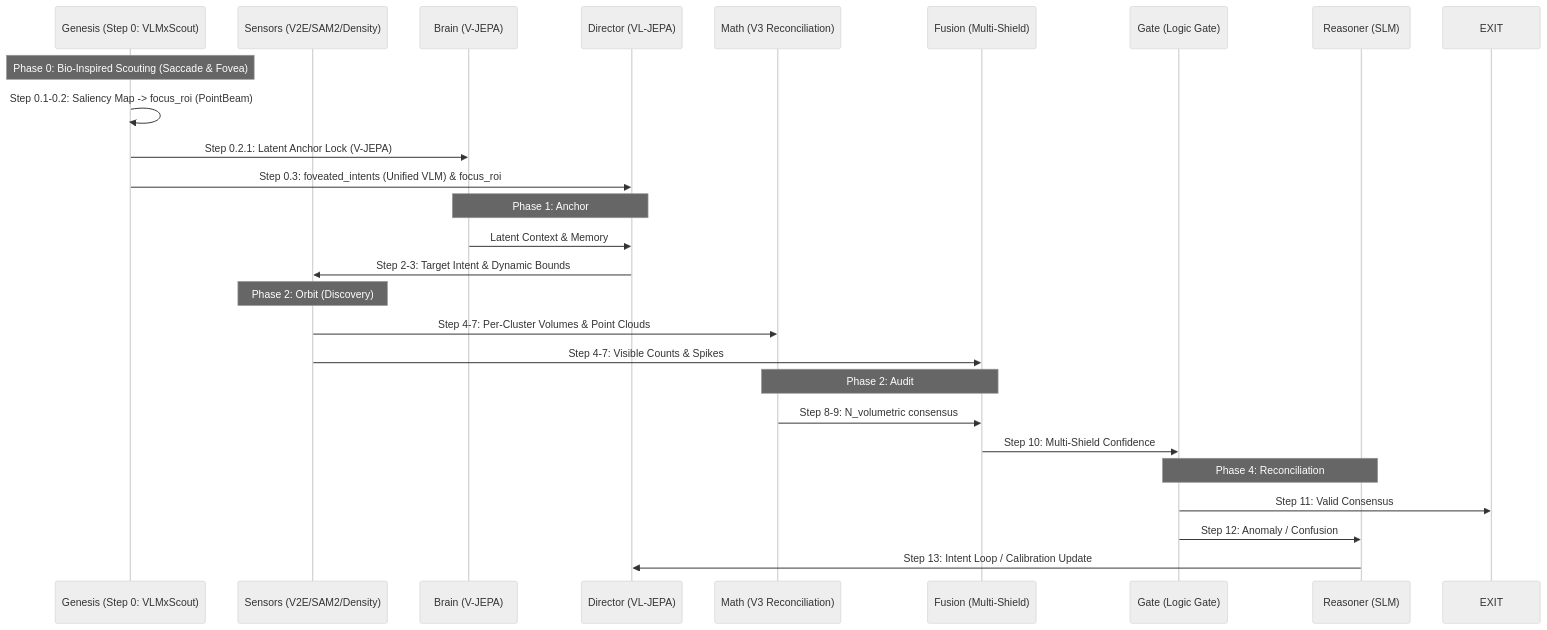
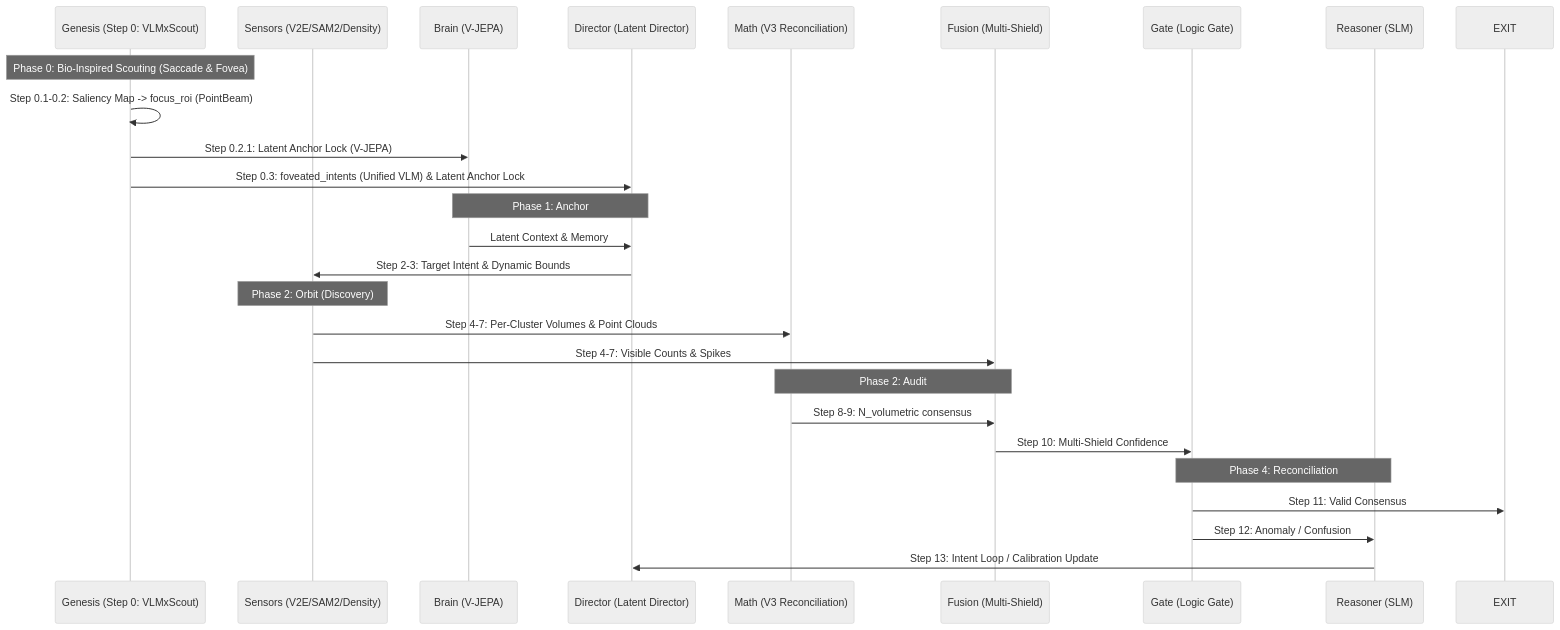
Before and after one commit to Yonnnnnnnnn/numeri-vjepa-experiment: the diagram in Data_Flow_Diagram.md, drawn with Mermaid (neutral theme). The commit also changed 5 other files, not shown here.

````diff
--- a/Data_Flow_Diagram.md
+++ b/Data_Flow_Diagram.md
@@ -24,33 +24,33 @@
 ```mermaid
 sequenceDiagram
     participant G as Genesis (Step 0: VLMxScout)
     participant S as Sensors (V2E/SAM2/Density)
     participant B as Brain (V-JEPA)
-    participant D as Director (VL-JEPA)
+    participant D as Director (Latent Director)
     participant M as Math (V3 Reconciliation)
     participant F as Fusion (Multi-Shield)
     participant LG as Gate (Logic Gate)
     participant R as Reasoner (SLM)
 
     Note over G: Phase 0: Bio-Inspired Scouting (Saccade & Fovea)
     G->>G: Step 0.1-0.2: Saliency Map -> focus_roi (PointBeam)
     G->>B: Step 0.2.1: Latent Anchor Lock (V-JEPA)
-    G->>D: Step 0.3: foveated_intents (Unified VLM) & focus_roi
+    G->>D: Step 0.3: foveated_intents (Unified VLM) & Latent Anchor Lock
 
     Note over B,D: Phase 1: Anchor
     B->>D: Latent Context & Memory
     D->>S: Step 2-3: Target Intent & Dynamic Bounds
 
     Note over S: Phase 2: Orbit (Discovery)
     S->>M: Step 4-7: Per-Cluster Volumes & Point Clouds
     S->>F: Step 4-7: Visible Counts & Spikes
 
     Note over M,F: Phase 2: Audit
     M->>F: Step 8-9: N_volumetric consensus
     F->>LG: Step 10: Multi-Shield Confidence
 
     Note over LG,R: Phase 4: Reconciliation
     LG->>EXIT: Step 11: Valid Consensus
     LG->>R: Step 12: Anomaly / Confusion
     R->>D: Step 13: Intent Loop / Calibration Update
 ```
````
